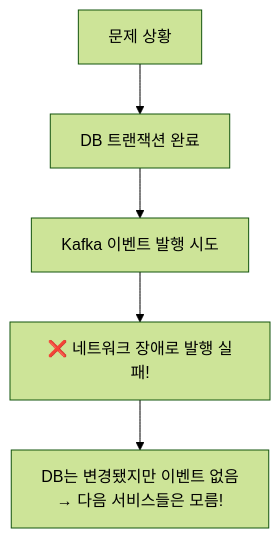
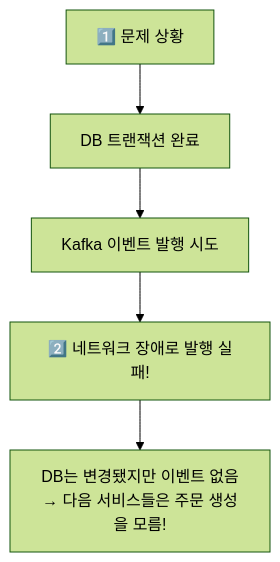
One commit to yjkim2015/yjkim2015.github.io changed the eighth of 14 diagrams in _posts/architecture/2026-05-02-distributed-transaction-deep.md. Above: the diagram before and after it, drawn with Mermaid (forest theme). The commit also changed other lines of this file and 92 other files, not shown here.

First line of the commit message:
Major quality rewrite: 98 files, Mermaid fix, extreme-scenario component

````diff
--- a/_posts/architecture/2026-05-02-distributed-transaction-deep.md
+++ b/_posts/architecture/2026-05-02-distributed-transaction-deep.md
@@ -314,8 +329,8 @@
 ```mermaid
 graph TD
-    Problem["문제 상황"]
+    Problem["1️⃣ 문제 상황"]
     Problem --> Step1["DB 트랜잭션 완료"]
     Step1 --> Step2["Kafka 이벤트 발행 시도"]
-    Step2 --> Fail["❌ 네트워크 장애로 발행 실패!"]
-    Fail --> Result["DB는 변경됐지만 이벤트 없음<br>→ 다음 서비스들은 모름!"]
+    Step2 --> Fail["2️⃣ 네트워크 장애로 발행 실패!"]
+    Fail --> Result["DB는 변경됐지만 이벤트 없음\n→ 다음 서비스들은 주문 생성을 모름!"]
 ```
````
